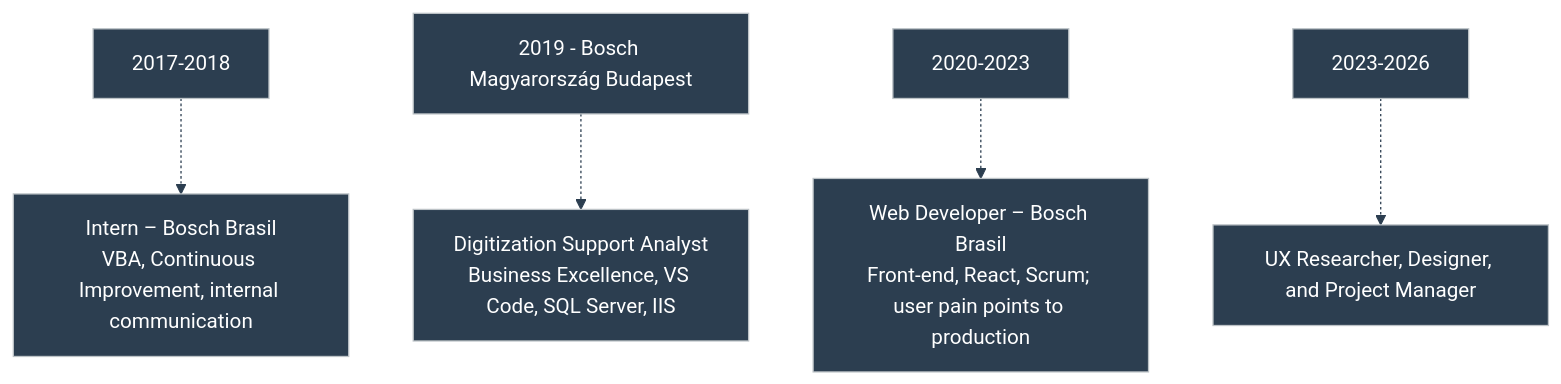
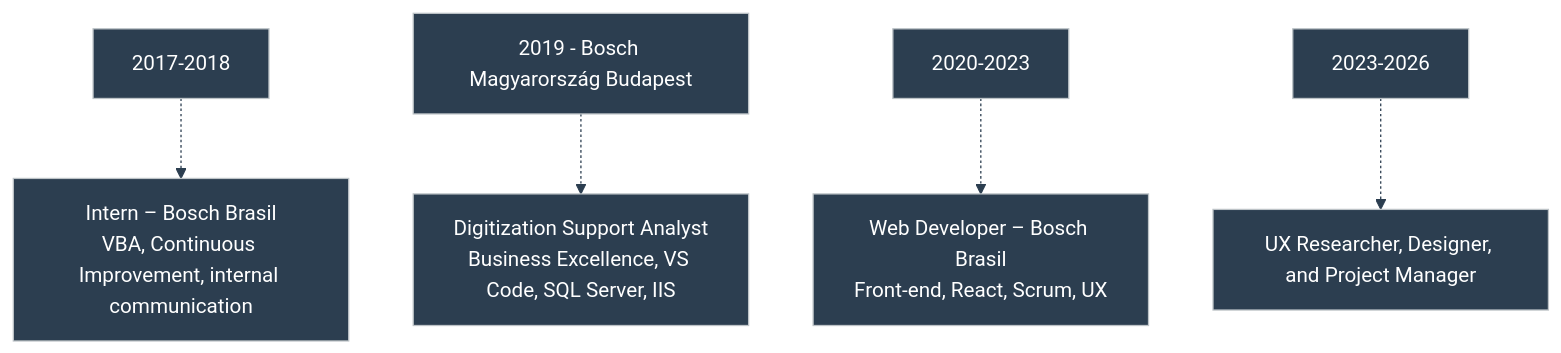
One commit to duducm2/my-personal-repo changed the tenth of 12 diagrams in portfolio/mermaid/diagrams.md. Above: the diagram before and after it, drawn with Mermaid.

Commit message:
Update job description in Mermaid diagram to emphasize UX role for improved clarity and relevance in experience timeline.

````diff
--- a/portfolio/mermaid/diagrams.md
+++ b/portfolio/mermaid/diagrams.md
@@ -185,8 +185,8 @@
 ```mermaid
 %%{init: {'theme': 'base', 'themeVariables': { 'primaryColor': '#2c3e50', 'primaryTextColor': '#fff', 'primaryBorderColor': '#bdc3c7', 'lineColor': '#2c3e50', 'fontFamily': 'Lato'}}}%%
 flowchart TD
   D1["2017-2018"] -.-> E1["Intern – Bosch Brasil<br/>VBA, Continuous Improvement, internal communication"]
   D2["2019 - Bosch Magyarország Budapest"] -.-> E2["Digitization Support Analyst<br/>Business Excellence, VS Code, SQL Server, IIS"]
-  D3["2020-2023"] -.-> E3["Web Developer – Bosch Brasil<br/>Front-end, React, Scrum; user pain points to production"]
+  D3["2020-2023"] -.-> E3["Web Developer – Bosch Brasil<br/>Front-end, React, Scrum, UX"]
   D4["2023-2026"] -.-> E4["UX Researcher, Designer, and Project Manager"]
 ```
````
